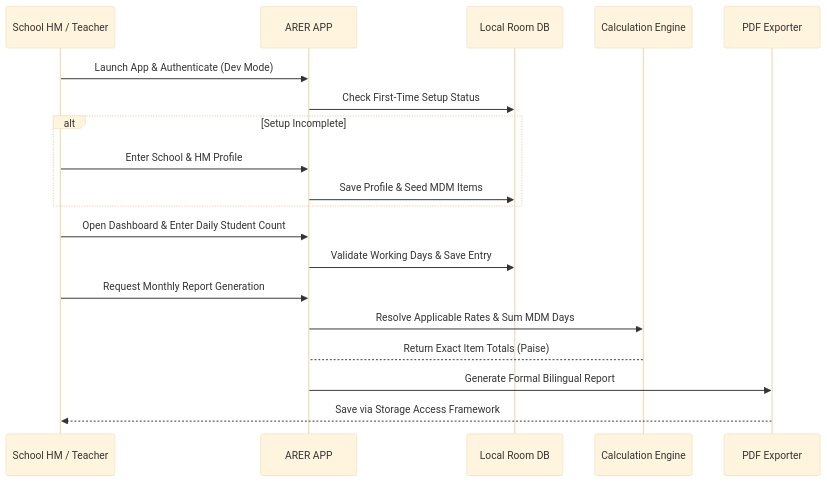
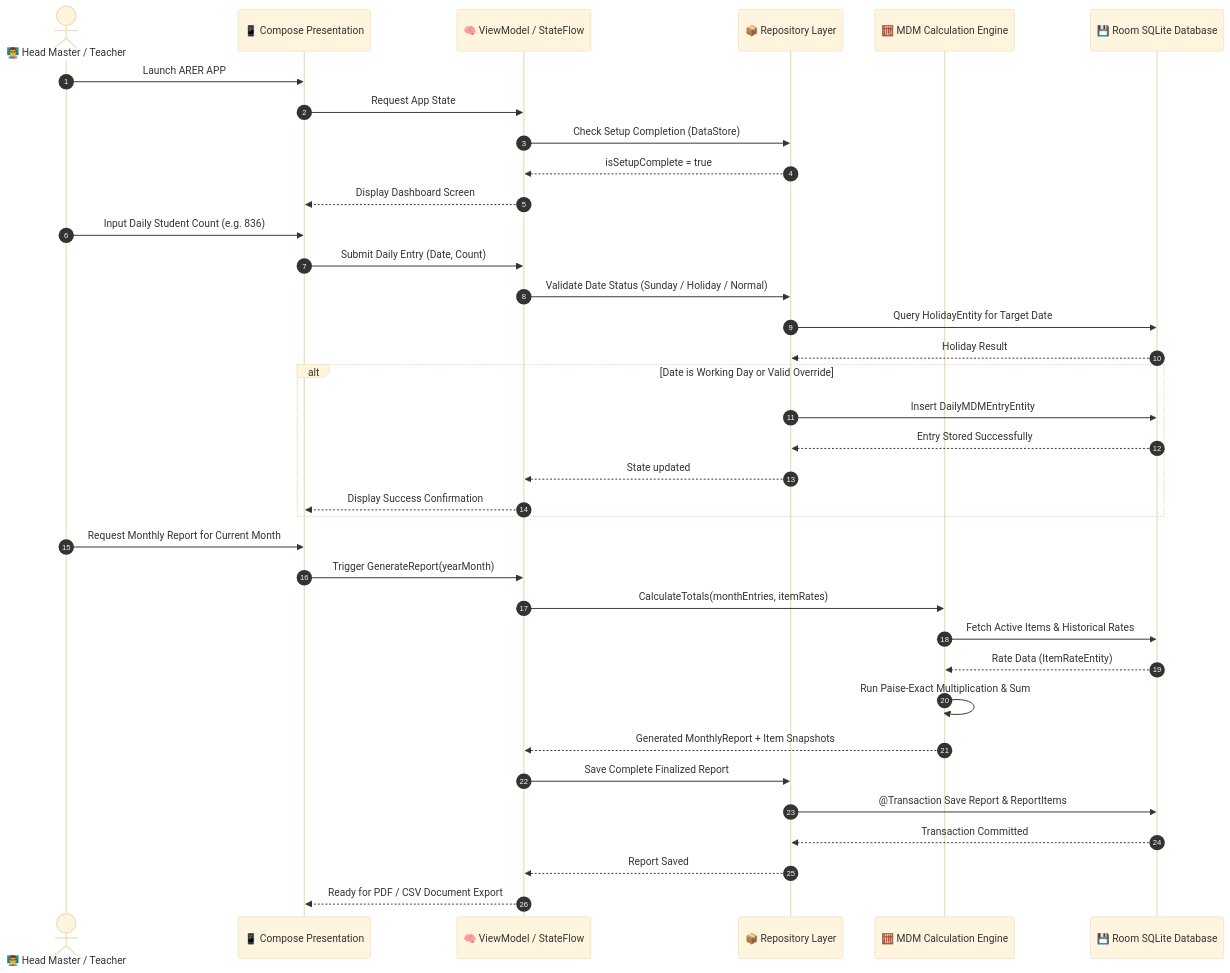
One commit to Tejzraj/ARER-APP changed the second of 9 diagrams in README.md. Above: the diagram before and after it, drawn with Mermaid (base theme). The commit also changed other lines of this file and 7 other files, not shown here.

````diff
--- a/README.md
+++ b/README.md
@@ -130,22 +322,41 @@
 ```mermaid
 sequenceDiagram
-    participant User as School HM / Teacher
-    participant App as ARER APP
-    participant DB as Local Room DB
-    participant Engine as Calculation Engine
-    participant PDF as PDF Exporter
+    autonumber
+    actor Teacher as 👨‍🏫 Head Master / Teacher
+    participant UI as 📱 Compose Presentation
+    participant VM as 🧠 ViewModel / StateFlow
+    participant Repo as 📦 Repository Layer
+    participant Engine as 🧮 MDM Calculation Engine
+    participant DB as 💾 Room SQLite Database
 
-    User->>App: Launch App & Authenticate (Dev Mode)
-    App->>DB: Check First-Time Setup Status
-    alt Setup Incomplete
-        User->>App: Enter School & HM Profile
-        App->>DB: Save Profile & Seed MDM Items
+    Teacher->>UI: Launch ARER APP
+    UI->>VM: Request App State
+    VM->>Repo: Check Setup Completion (DataStore)
+    Repo-->>VM: isSetupComplete = true
+    VM-->>UI: Display Dashboard Screen
+
+    Teacher->>UI: Input Daily Student Count (e.g. 836)
+    UI->>VM: Submit Daily Entry (Date, Count)
+    VM->>Repo: Validate Date Status (Sunday / Holiday / Normal)
+    Repo->>DB: Query HolidayEntity for Target Date
+    DB-->>Repo: Holiday Result
+    alt Date is Working Day or Valid Override
+        Repo->>DB: Insert DailyMDMEntryEntity
+        DB-->>Repo: Entry Stored Successfully
+        Repo-->>VM: State updated
+        VM-->>UI: Display Success Confirmation
     end
-    User->>App: Open Dashboard & Enter Daily Student Count
-    App->>DB: Validate Working Days & Save Entry
-    User->>App: Request Monthly Report Generation
-    App->>Engine: Resolve Applicable Rates & Sum MDM Days
-    Engine-->App: Return Exact Item Totals (Paise)
-    App->>PDF: Generate Formal Bilingual Report
-    PDF-->>User: Save via Storage Access Framework
+
+    Teacher->>UI: Request Monthly Report for Current Month
+    UI->>VM: Trigger GenerateReport(yearMonth)
+    VM->>Engine: CalculateTotals(monthEntries, itemRates)
+    Engine->>DB: Fetch Active Items & Historical Rates
+    DB-->>Engine: Rate Data (ItemRateEntity)
+    Engine->>Engine: Run Paise-Exact Multiplication & Sum
+    Engine-->>VM: Generated MonthlyReport + Item Snapshots
+    VM->>Repo: Save Complete Finalized Report
+    Repo->>DB: @Transaction Save Report & ReportItems
+    DB-->>Repo: Transaction Committed
+    Repo-->>VM: Report Saved
+    VM-->>UI: Ready for PDF / CSV Document Export
 ```
````
